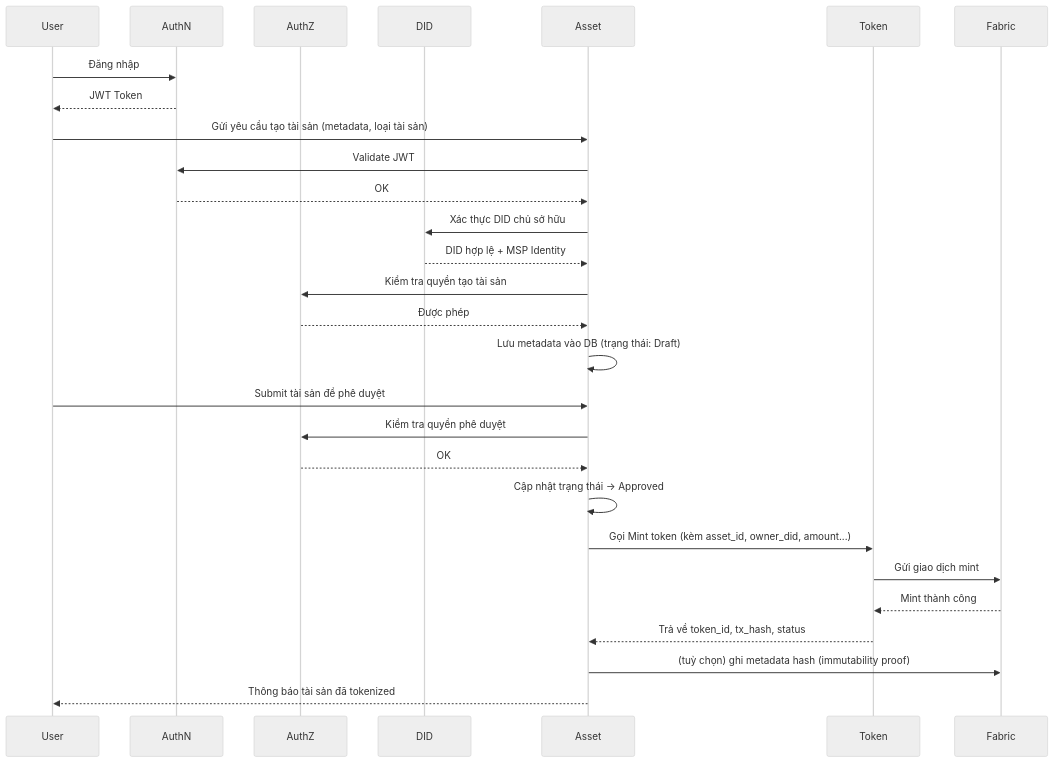
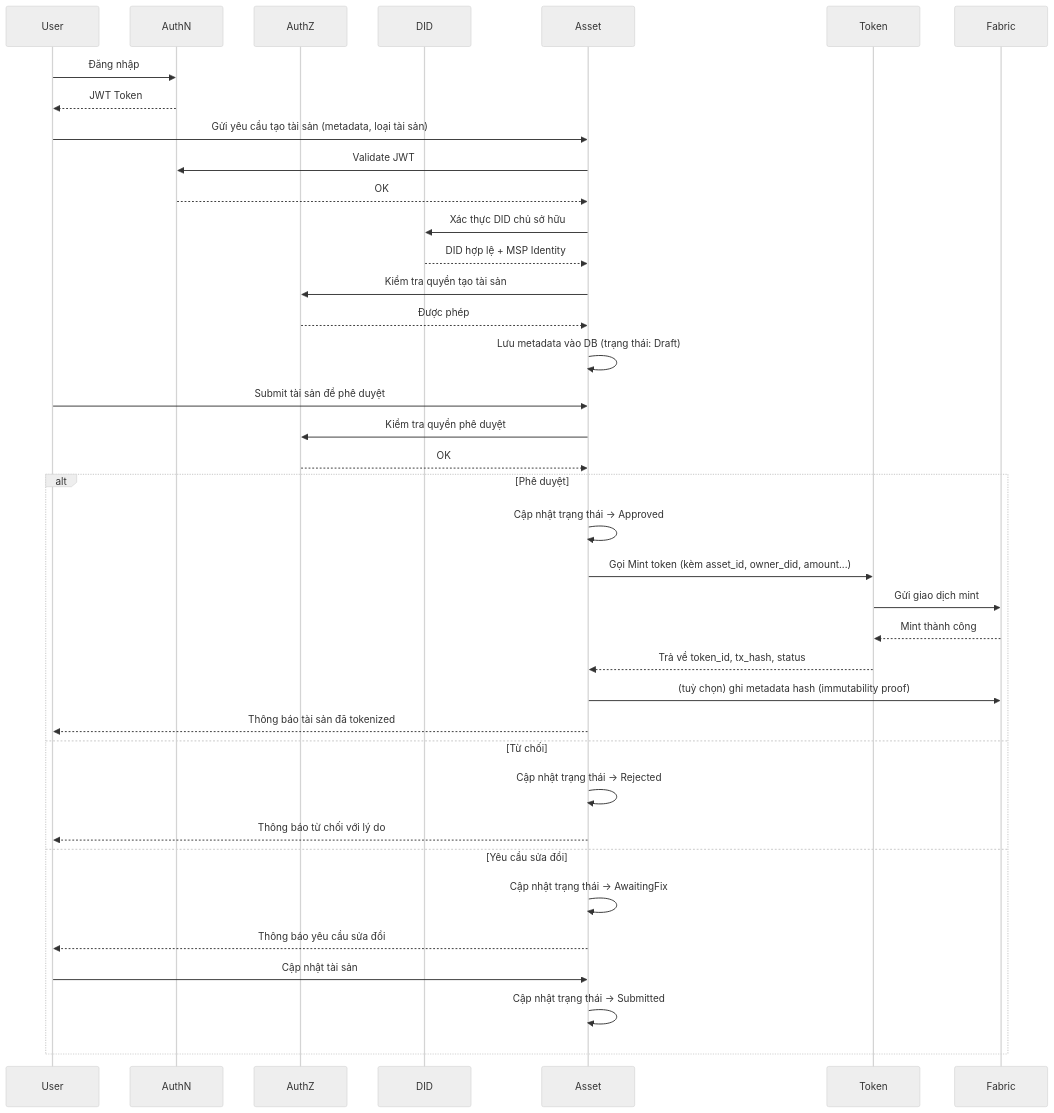
The third of 7 diagrams in rd-digital-asset-service-clean.md (metafi-blockchain/metafi-digital-assets-service), drawn with Mermaid (neutral theme) before and after one commit. The commit also changed other lines of this file, not shown here.

````diff
--- a/rd-digital-asset-service-clean.md
+++ b/rd-digital-asset-service-clean.md
@@ -171,40 +186,47 @@
 ```mermaid
 sequenceDiagram
     participant User
     participant AuthN
     participant AuthZ
     participant DID
     participant Asset
     participant Token
     participant Fabric
 
     User->>AuthN: Đăng nhập
     AuthN-->>User: JWT Token
 
     User->>Asset: Gửi yêu cầu tạo tài sản (metadata, loại tài sản)
     Asset->>AuthN: Validate JWT
     AuthN-->>Asset: OK
 
     Asset->>DID: Xác thực DID chủ sở hữu
     DID-->>Asset: DID hợp lệ + MSP Identity
 
     Asset->>AuthZ: Kiểm tra quyền tạo tài sản
     AuthZ-->>Asset: Được phép
 
     Asset->>Asset: Lưu metadata vào DB (trạng thái: Draft)
 
     User->>Asset: Submit tài sản để phê duyệt
     Asset->>AuthZ: Kiểm tra quyền phê duyệt
     AuthZ-->>Asset: OK
 
-    Asset->>Asset: Cập nhật trạng thái → Approved
-
-    Asset->>Token: Gọi Mint token (kèm asset_id, owner_did, amount...)
-    Token->>Fabric: Gửi giao dịch mint
-    Fabric-->>Token: Mint thành công
-
-    Token-->>Asset: Trả về token_id, tx_hash, status
-    Asset->>Fabric: (tuỳ chọn) ghi metadata hash (immutability proof)
-
-    Asset-->>User: Thông báo tài sản đã tokenized
+    alt Phê duyệt
+        Asset->>Asset: Cập nhật trạng thái → Approved
+        Asset->>Token: Gọi Mint token (kèm asset_id, owner_did, amount...)
+        Token->>Fabric: Gửi giao dịch mint
+        Fabric-->>Token: Mint thành công
+        Token-->>Asset: Trả về token_id, tx_hash, status
+        Asset->>Fabric: (tuỳ chọn) ghi metadata hash (immutability proof)
+        Asset-->>User: Thông báo tài sản đã tokenized
+    else Từ chối
+        Asset->>Asset: Cập nhật trạng thái → Rejected
+        Asset-->>User: Thông báo từ chối với lý do
+    else Yêu cầu sửa đổi
+        Asset->>Asset: Cập nhật trạng thái → AwaitingFix
+        Asset-->>User: Thông báo yêu cầu sửa đổi
+        User->>Asset: Cập nhật tài sản
+        Asset->>Asset: Cập nhật trạng thái → Submitted
+    end
 ```
````
